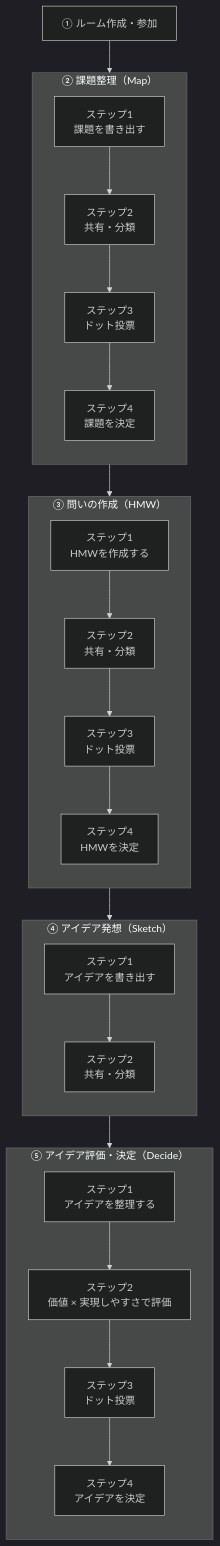
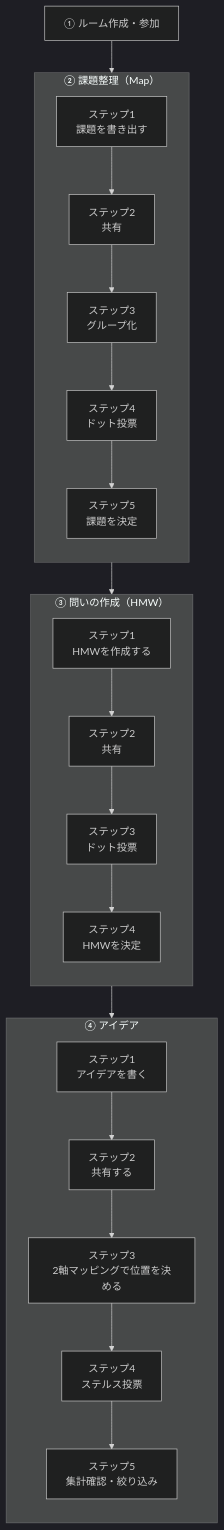
One commit to engineer-first/idea-flow-app changed the diagram in docs/prd.md. Above: the diagram before and after it, drawn with Mermaid (dark theme). The commit also changed other lines of this file and 3 other files, not shown here.

````diff
--- a/docs/prd.md
+++ b/docs/prd.md
@@ -154,51 +154,43 @@
 ```mermaid
 flowchart TD
 
 A[① ルーム作成・参加]
 
 A --> C
 
 subgraph C["② 課題整理（Map）"]
 direction TB
 C1[ステップ1<br>課題を書き出す]
-C2[ステップ2<br>共有・分類]
-C3[ステップ3<br>ドット投票]
-C4[ステップ4<br>課題を決定]
+C2[ステップ2<br>共有]
+C3[ステップ3<br>グループ化]
+C4[ステップ4<br>ドット投票]
+C5[ステップ5<br>課題を決定]
 
-C1 --> C2 --> C3 --> C4
+C1 --> C2 --> C3 --> C4 --> C5
 end
 
 C --> D
 
 subgraph D["③ 問いの作成（HMW）"]
 direction TB
 D1[ステップ1<br>HMWを作成する]
-D2[ステップ2<br>共有・分類]
+D2[ステップ2<br>共有]
 D3[ステップ3<br>ドット投票]
 D4[ステップ4<br>HMWを決定]
 
 D1 --> D2 --> D3 --> D4
 end
 
 D --> E
 
-subgraph E["④ アイデア発想（Sketch）"]
+subgraph E["④ アイデア"]
 direction TB
-E1[ステップ1<br>アイデアを書き出す]
-E2[ステップ2<br>共有・分類]
+E1[ステップ1<br>アイデアを書く]
+E2[ステップ2<br>共有する]
+E3[ステップ3<br>2軸マッピングで位置を決める]
+E4[ステップ4<br>ステルス投票]
+E5[ステップ5<br>集計確認・絞り込み]
 
-E1 --> E2
-end
-
-E --> F
-
-subgraph F["⑤ アイデア評価・決定（Decide）"]
-direction TB
-F1[ステップ1<br>アイデアを整理する]
-F2[ステップ2<br>価値 × 実現しやすさで評価]
-F3[ステップ3<br>ドット投票]
-F4[ステップ4<br>アイデアを決定]
-
-F1 --> F2 --> F3 --> F4
+E1 --> E2 --> E3 --> E4 --> E5
 end
 ```
````
